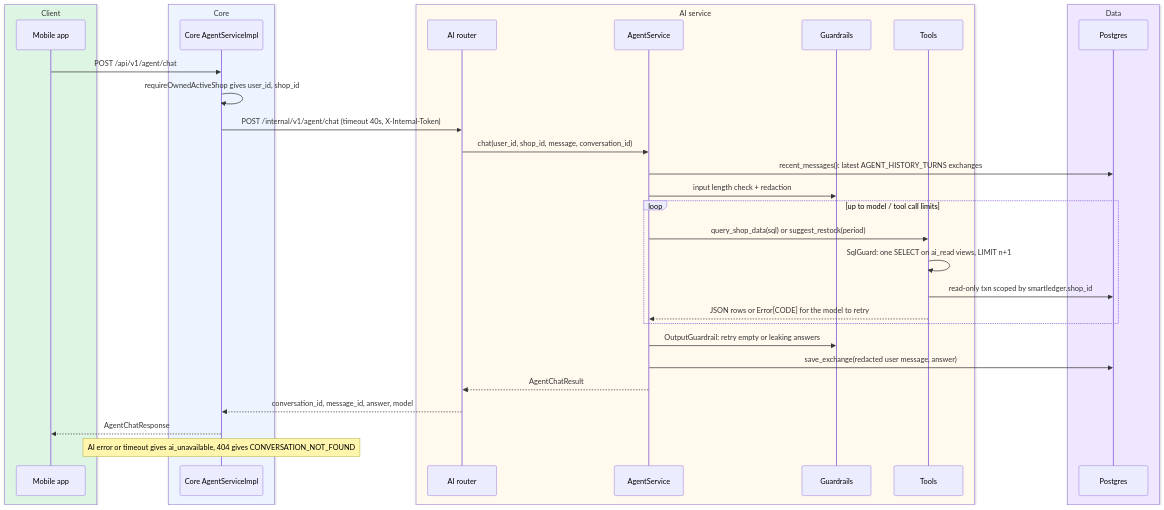
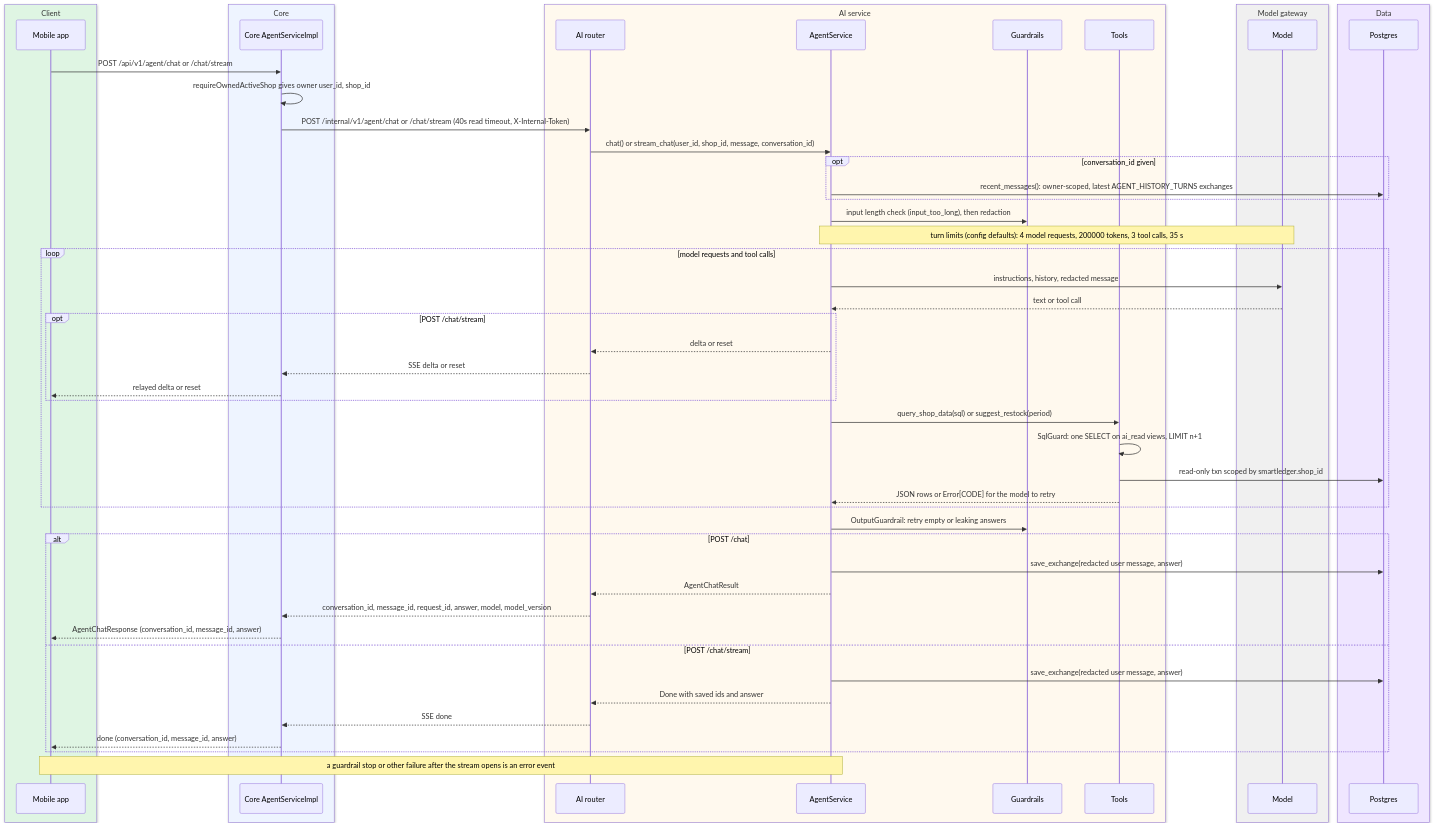
Diagram 14 of 14 in docs/architecture/service-walkthrough/README.md (miphu2804/smart-ledger), drawn with Mermaid before and after one commit. The commit also changed other lines of this file and 12 other files, not shown here.

First line of the commit message:
docs(ai): sync contracts, design and diagrams with the ai service

````diff
--- a/docs/architecture/service-walkthrough/README.md
+++ b/docs/architecture/service-walkthrough/README.md
@@ -607,37 +627,57 @@
 ```mermaid
 sequenceDiagram
     box rgb(223,245,227) Client
     participant App as Mobile app
     end
     box rgb(238,244,255) Core
     participant Core as Core AgentServiceImpl
     end
     box rgb(255,249,238) AI service
     participant R as AI router
     participant A as AgentService
     participant G as Guardrails
     participant T as Tools
     end
+    box rgb(240,240,240) Model gateway
+    participant M as Model
+    end
     box rgb(239,230,255) Data
     participant DB as Postgres
     end
 
-    App->>Core: POST /api/v1/agent/chat
-    Core->>Core: requireOwnedActiveShop gives user_id, shop_id
-    Core->>R: POST /internal/v1/agent/chat (timeout 40s, X-Internal-Token)
-    R->>A: chat(user_id, shop_id, message, conversation_id)
-    A->>DB: recent_messages(): latest AGENT_HISTORY_TURNS exchanges
-    A->>G: input length check + redaction
-    loop up to model / tool call limits
+    App->>Core: POST /api/v1/agent/chat or /chat/stream
+    Core->>Core: requireOwnedActiveShop gives owner user_id, shop_id
+    Core->>R: POST /internal/v1/agent/chat or /chat/stream (40s read timeout, X-Internal-Token)
+    R->>A: chat() or stream_chat(user_id, shop_id, message, conversation_id)
+    opt conversation_id given
+        A->>DB: recent_messages(): owner-scoped, latest AGENT_HISTORY_TURNS exchanges
+    end
+    A->>G: input length check (input_too_long), then redaction
+    Note over A,M: turn limits (config defaults): 4 model requests, 200000 tokens, 3 tool calls, 35 s
+    loop model requests and tool calls
+        A->>M: instructions, history, redacted message
+        M-->>A: text or tool call
+        opt POST /chat/stream
+            A-->>R: delta or reset
+            R-->>Core: SSE delta or reset
+            Core-->>App: relayed delta or reset
+        end
         A->>T: query_shop_data(sql) or suggest_restock(period)
         T->>T: SqlGuard: one SELECT on ai_read views, LIMIT n+1
         T->>DB: read-only txn scoped by smartledger.shop_id
         T-->>A: JSON rows or Error[CODE] for the model to retry
     end
     A->>G: OutputGuardrail: retry empty or leaking answers
-    A->>DB: save_exchange(redacted user message, answer)
-    A-->>R: AgentChatResult
-    R-->>Core: conversation_id, message_id, answer, model
-    Core-->>App: AgentChatResponse
-    Note over Core: AI error or timeout gives ai_unavailable, 404 gives CONVERSATION_NOT_FOUND
+    alt POST /chat
+        A->>DB: save_exchange(redacted user message, answer)
+        A-->>R: AgentChatResult
+        R-->>Core: conversation_id, message_id, request_id, answer, model, model_version
+        Core-->>App: AgentChatResponse (conversation_id, message_id, answer)
+    else POST /chat/stream
+        A->>DB: save_exchange(redacted user message, answer)
+        A-->>R: Done with saved ids and answer
+        R-->>Core: SSE done
+        Core-->>App: done (conversation_id, message_id, answer)
+    end
+    Note over A,App: a guardrail stop or other failure after the stream opens is an error event
 ```
````
